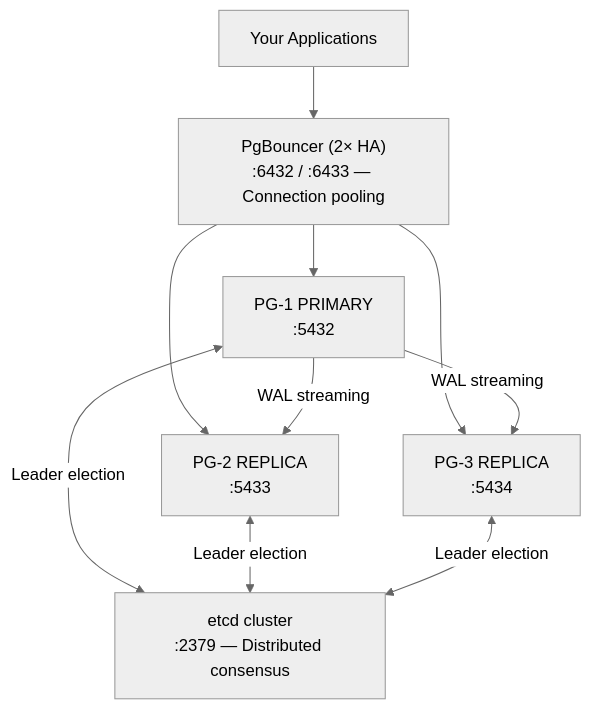
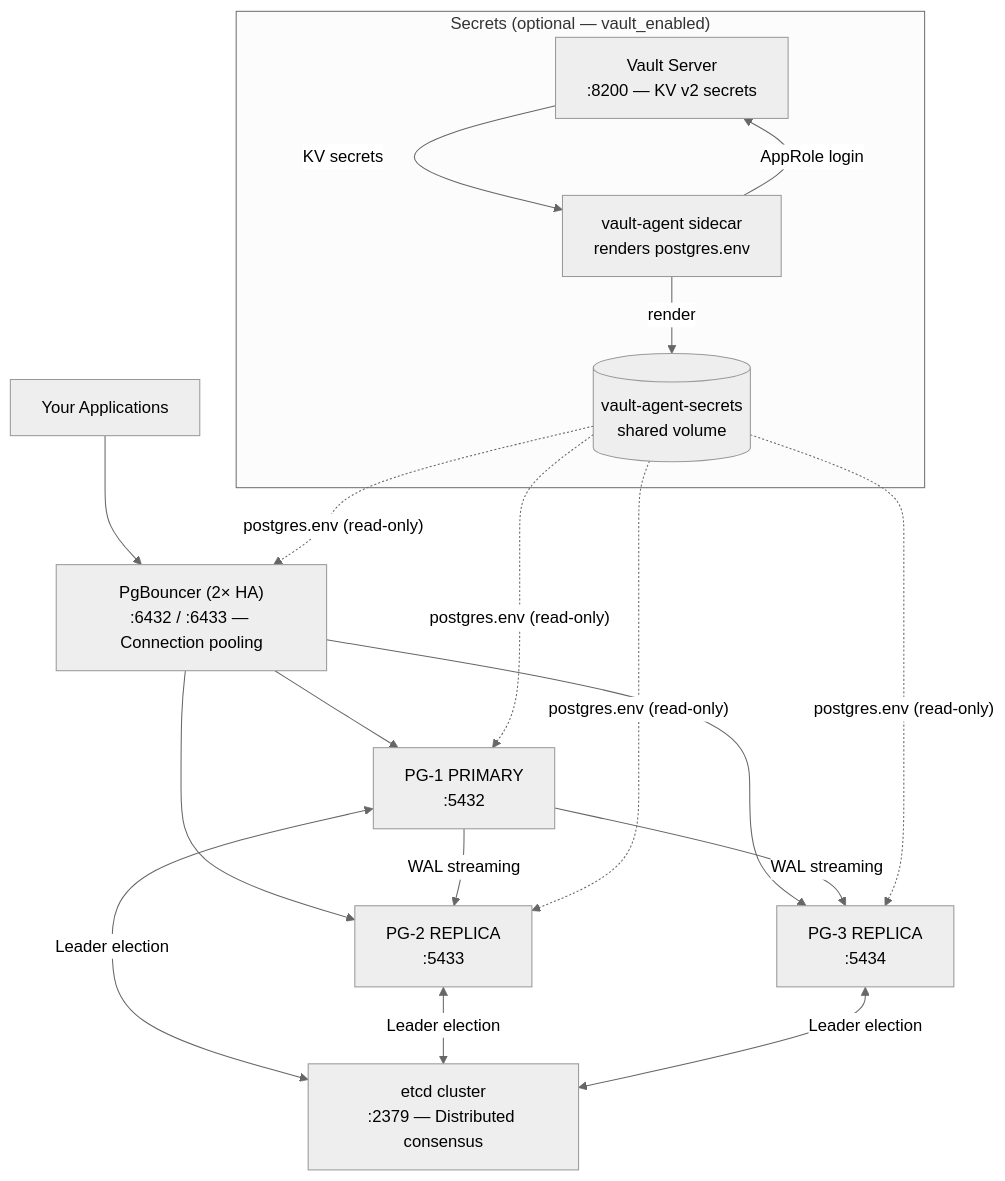
One commit to venkatajangala/terraform-docker-container-postgres changed the diagram in docs/getting-started/02-NEW-USER-GUIDE.md. Above: the diagram before and after it, drawn with Mermaid (neutral theme). The commit also changed other lines of this file and 2 other files, not shown here.

````diff
--- a/docs/getting-started/02-NEW-USER-GUIDE.md
+++ b/docs/getting-started/02-NEW-USER-GUIDE.md
@@ -9,14 +9,25 @@
 ```mermaid
 graph TD
     APP["Your Applications"]
     PGB["PgBouncer (2× HA)<br/>:6432 / :6433 — Connection pooling"]
     PG1["PG-1 PRIMARY<br/>:5432"]
     PG2["PG-2 REPLICA<br/>:5433"]
     PG3["PG-3 REPLICA<br/>:5434"]
     ETCD["etcd cluster<br/>:2379 — Distributed consensus"]
 
+    subgraph SECRETS["Secrets (optional — vault_enabled)"]
+        VAULT["Vault Server<br/>:8200 — KV v2 secrets"]
+        AGENT["vault-agent sidecar<br/>renders postgres.env"]
+        SVOL[("vault-agent-secrets\nshared volume")]
+    end
+
     APP --> PGB
     PGB --> PG1 & PG2 & PG3
     PG1 -->|"WAL streaming"| PG2 & PG3
     PG1 & PG2 & PG3 <-->|"Leader election"| ETCD
+    AGENT -->|"AppRole login"| VAULT
+    VAULT -->|"KV secrets"| AGENT
+    AGENT -->|"render"| SVOL
+    SVOL -. "postgres.env (read-only)" .-> PG1 & PG2 & PG3
+    SVOL -. "postgres.env (read-only)" .-> PGB
 ```
````
